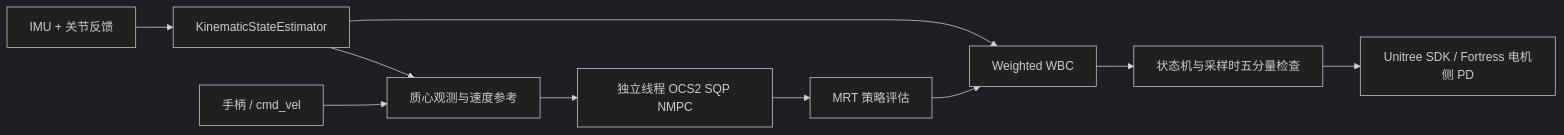
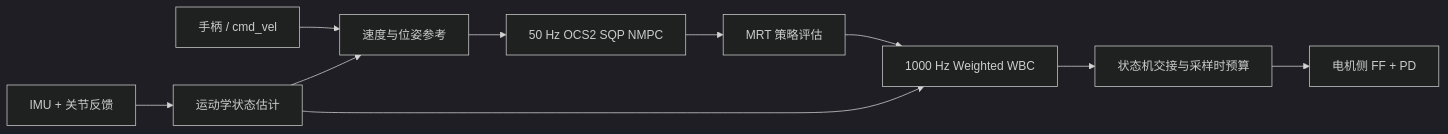
One commit to Woh43/Dog-control changed the diagram in src/custom_dog_control/README.md. Above: the diagram before and after it, drawn with Mermaid (dark theme). The commit also changed other lines of this file and 11 other files, not shown here.

````diff
--- a/src/custom_dog_control/README.md
+++ b/src/custom_dog_control/README.md
@@ -23,12 +49,12 @@
 ```mermaid
 flowchart LR
-    input[IMU + 关节反馈] --> estimate[KinematicStateEstimator]
-    estimate --> observation[质心观测与速度参考]
-    operator[手柄 / cmd_vel] --> observation
-    observation --> nmpc[独立线程 OCS2 SQP NMPC]
+    input[IMU + 关节反馈] --> estimate[运动学状态估计]
+    operator[手柄 / cmd_vel] --> reference[速度与位姿参考]
+    estimate --> reference
+    reference --> nmpc[50 Hz OCS2 SQP NMPC]
     nmpc --> policy[MRT 策略评估]
-    policy --> wbc[Weighted WBC]
+    policy --> wbc[1000 Hz Weighted WBC]
     estimate --> wbc
-    wbc --> output[状态机与采样时五分量检查]
-    output --> hardware[Unitree SDK / Fortress 电机侧 PD]
+    wbc --> output[状态机交接与采样时预算]
+    output --> hardware[电机侧 FF + PD]
 ```
````
